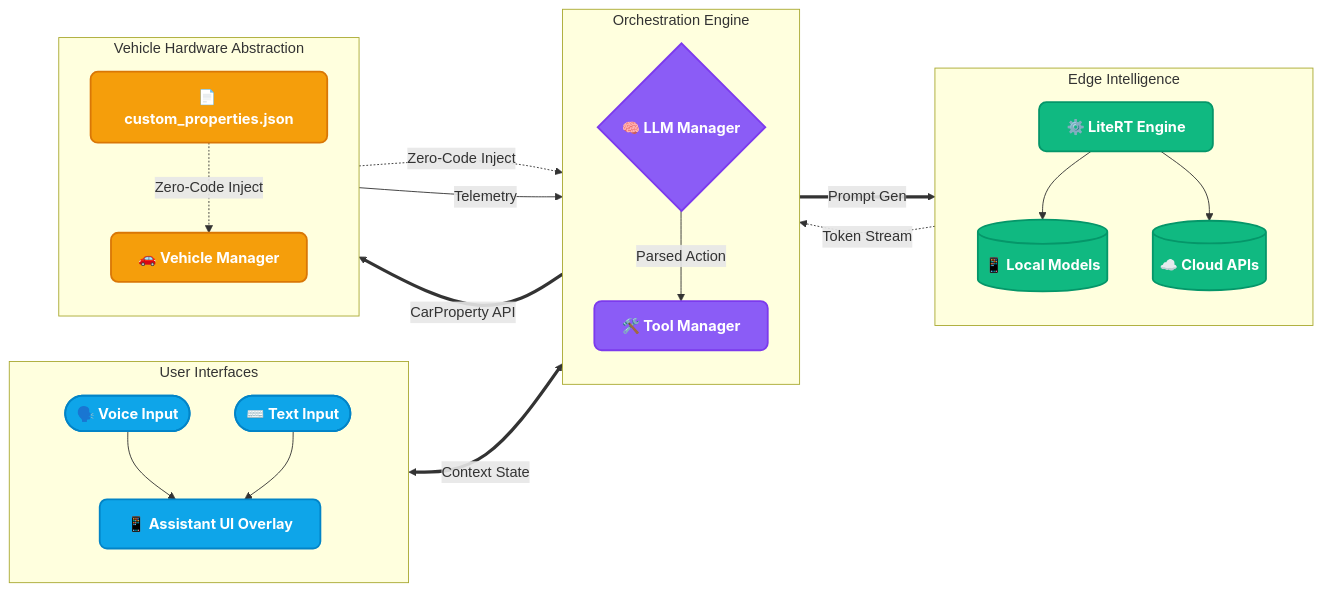
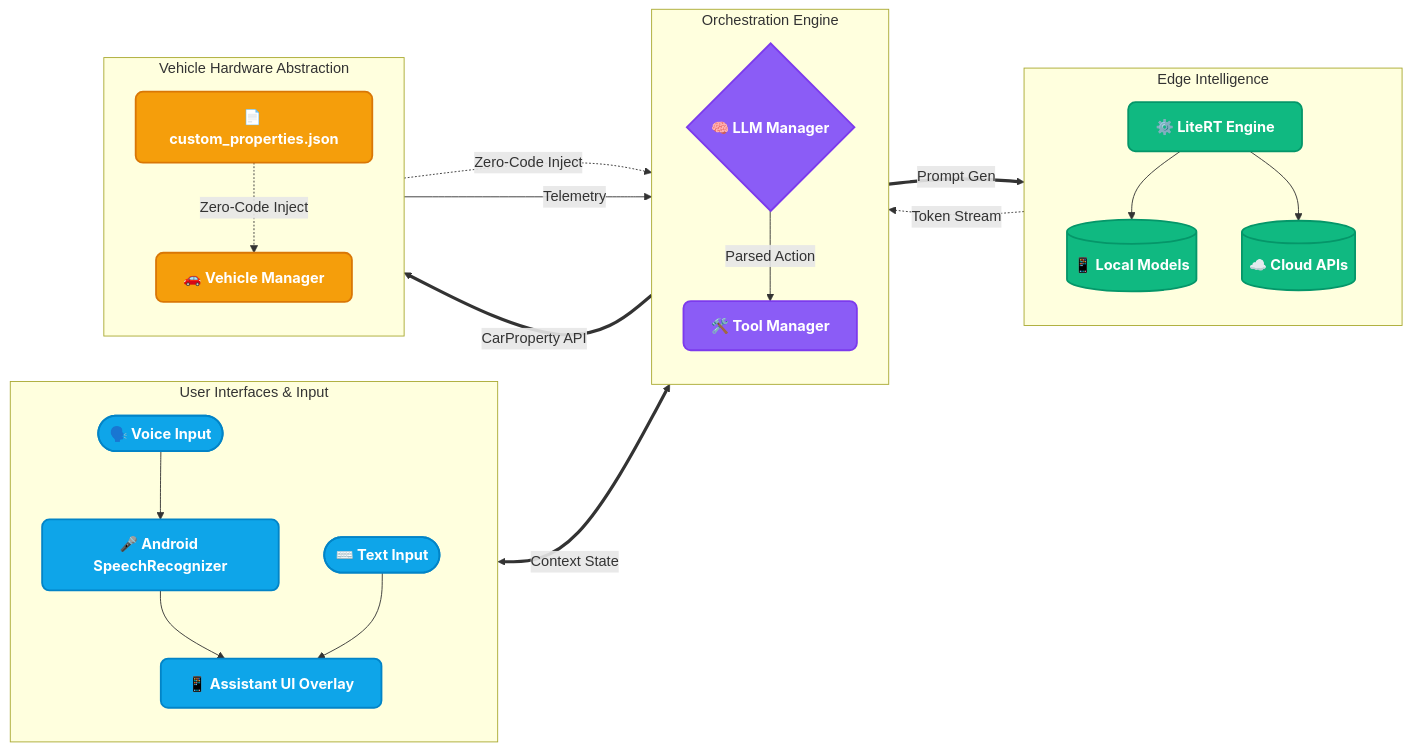
Before and after one commit to hemangpandhi/ai-assistant: the first of 4 diagrams in ARCHITECTURE.md, drawn with Mermaid.

Commit message:
docs: explicit label for Android SpeechRecognizer in architecture diagram

````diff
--- a/ARCHITECTURE.md
+++ b/ARCHITECTURE.md
@@ -11,48 +11,50 @@
 ```mermaid
 flowchart LR
     %% Professional Enterprise Theme
     classDef default fill:#1E293B,stroke:#334155,stroke-width:2px,color:#F8FAFC,rx:8px,ry:8px,font-family:Inter;
     classDef interface fill:#0EA5E9,stroke:#0284C7,stroke-width:2px,color:#FFFFFF,rx:8px,ry:8px,font-weight:bold;
     classDef orchestrator fill:#8B5CF6,stroke:#7C3AED,stroke-width:2px,color:#FFFFFF,rx:8px,ry:8px,font-weight:bold;
     classDef ai fill:#10B981,stroke:#059669,stroke-width:2px,color:#FFFFFF,rx:8px,ry:8px,font-weight:bold;
     classDef hardware fill:#F59E0B,stroke:#D97706,stroke-width:2px,color:#FFFFFF,rx:8px,ry:8px,font-weight:bold;
 
-    subgraph Input ["User Interfaces"]
+    subgraph Input ["User Interfaces & Input"]
         direction TB
         V([🗣️ Voice Input]):::interface
         T([⌨️ Text Input]):::interface
+        STT[🎤 Android SpeechRecognizer]:::interface
         UI[📱 Assistant UI Overlay]:::interface
     end
 
     subgraph Core ["Orchestration Engine"]
         direction TB
         SM{🧠 LLM Manager}:::orchestrator
         TM[🛠️ Tool Manager]:::orchestrator
     end
 
     subgraph Models ["Edge Intelligence"]
         direction TB
         ENG[⚙️ LiteRT Engine]:::ai
         LM[(📱 Local Models)]:::ai
         CM[(☁️ Cloud APIs)]:::ai
     end
 
     subgraph Auto ["Vehicle Hardware Abstraction"]
         direction TB
         VM[🚗 Vehicle Manager]:::hardware
         JSON[📄 custom_properties.json]:::hardware
     end
 
     %% Data Flow
-    V & T --> UI
+    V --> STT
+    STT & T --> UI
     UI <==>|Context State| SM
     
     SM ==>|Prompt Gen| ENG
     ENG --> LM & CM
     ENG -.->|Token Stream| SM
     
     JSON -.->|Zero-Code Inject| TM & VM
     VM -->|Telemetry| SM
     SM -->|Parsed Action| TM
     TM ==>|CarProperty API| VM
 ```
````
